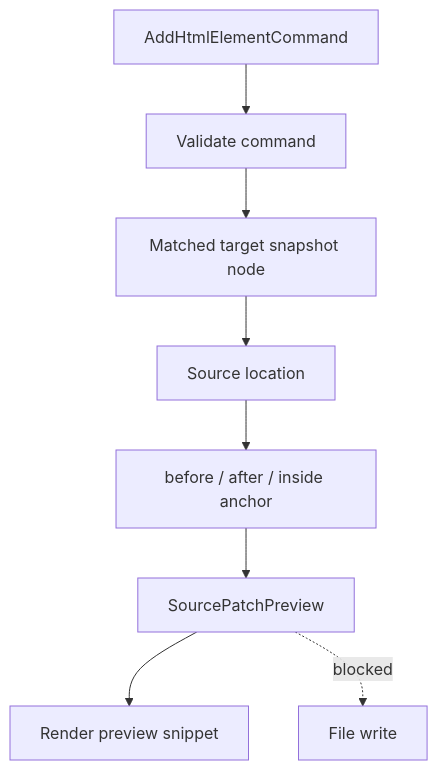
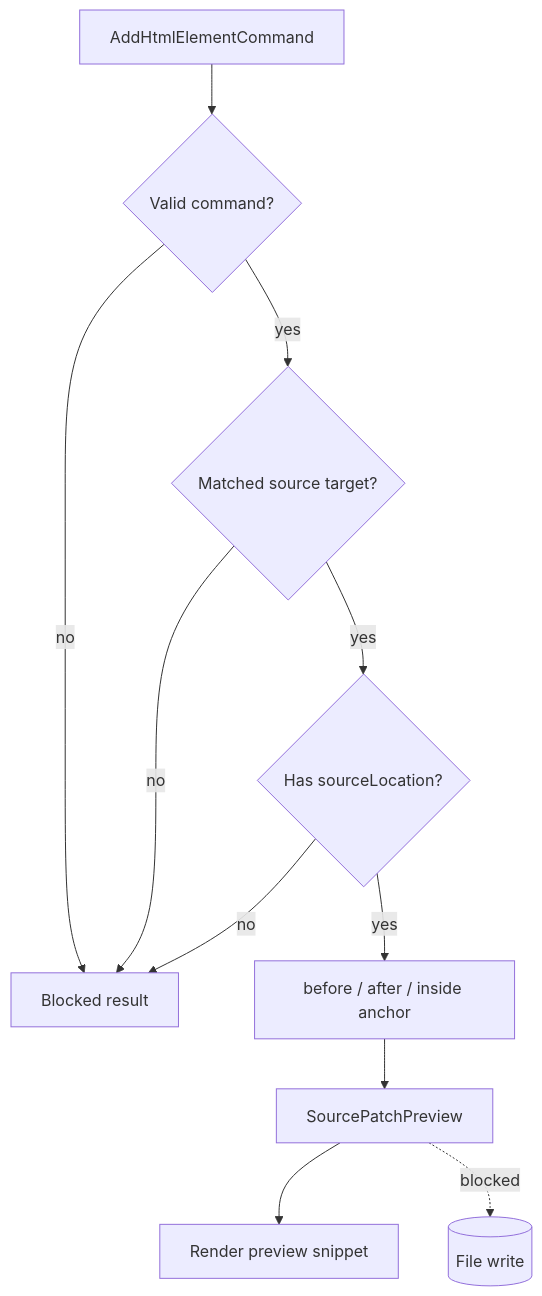
The diagram in docs/architecture/flows/source-patch-preview-flow.md (krestosa/Crystal), drawn with Mermaid before and after one commit. The commit also changed other lines of this file and 21 other files, not shown here.

Commit message:
Add richer architecture diagrams and state flows

````diff
--- a/docs/architecture/flows/source-patch-preview-flow.md
+++ b/docs/architecture/flows/source-patch-preview-flow.md
@@ -15,10 +67,13 @@
 ```mermaid
 flowchart TD
-  Command[AddHtmlElementCommand] --> Validate[Validate command]
-  Validate --> Target[Matched target snapshot node]
-  Target --> SourceLocation[Source location]
-  SourceLocation --> Anchor[before / after / inside anchor]
+  Command[AddHtmlElementCommand] --> Validate{Valid command?}
+  Validate -->|no| Blocked[Blocked result]
+  Validate -->|yes| Target{Matched source target?}
+  Target -->|no| Blocked
+  Target -->|yes| SourceLocation{Has sourceLocation?}
+  SourceLocation -->|no| Blocked
+  SourceLocation -->|yes| Anchor[before / after / inside anchor]
   Anchor --> Preview[SourcePatchPreview]
   Preview --> UI[Render preview snippet]
-  Preview -. blocked .-> Write[File write]
+  Preview -. blocked .-> Write[(File write)]
 ```
````
